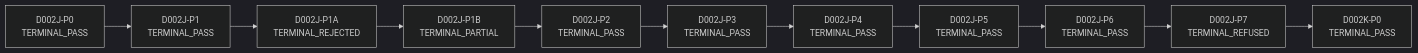
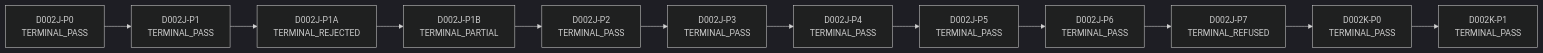
The diagram in docs/research/D002J_LINEAGE_MAP.md (neuron7xLab/GeoSync), drawn with Mermaid (dark theme) before and after one commit. The commit also changed other lines of this file and 11 other files, not shown here.

````diff
--- a/docs/research/D002J_LINEAGE_MAP.md
+++ b/docs/research/D002J_LINEAGE_MAP.md
@@ -16,24 +16,26 @@
 ```mermaid
 graph LR
     D002J-P0[D002J-P0<br/>TERMINAL_PASS]
     D002J-P1[D002J-P1<br/>TERMINAL_PASS]
     D002J-P1A[D002J-P1A<br/>TERMINAL_REJECTED]
     D002J-P1B[D002J-P1B<br/>TERMINAL_PARTIAL]
     D002J-P2[D002J-P2<br/>TERMINAL_PASS]
     D002J-P3[D002J-P3<br/>TERMINAL_PASS]
     D002J-P4[D002J-P4<br/>TERMINAL_PASS]
     D002J-P5[D002J-P5<br/>TERMINAL_PASS]
     D002J-P6[D002J-P6<br/>TERMINAL_PASS]
     D002J-P7[D002J-P7<br/>TERMINAL_REFUSED]
     D002K-P0[D002K-P0<br/>TERMINAL_PASS]
+    D002K-P1[D002K-P1<br/>TERMINAL_PASS]
     D002J-P0 --> D002J-P1
     D002J-P1 --> D002J-P1A
     D002J-P1A --> D002J-P1B
     D002J-P1B --> D002J-P2
     D002J-P2 --> D002J-P3
     D002J-P3 --> D002J-P4
     D002J-P4 --> D002J-P5
     D002J-P5 --> D002J-P6
     D002J-P6 --> D002J-P7
     D002J-P7 --> D002K-P0
+    D002K-P0 --> D002K-P1
 ```
````
